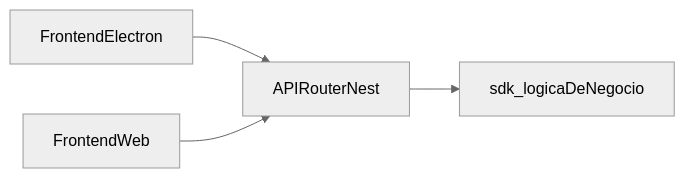
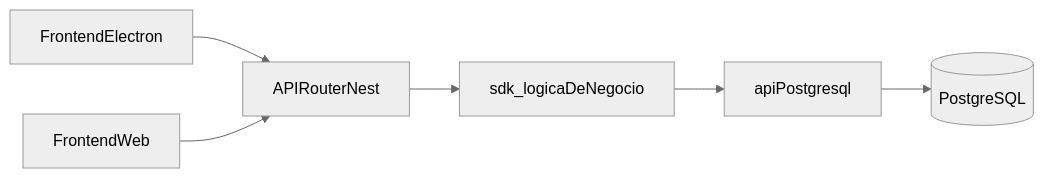
Before and after one commit to venturars/aTempo: the first of 2 diagrams in docs/ARCHITECTURE.md, drawn with Mermaid (neutral theme). The commit also changed other lines of this file and 22 other files, not shown here.

First line of the commit message:
feat(api-postgresql): add a Nest skeleton that checks Postgres

````diff
--- a/docs/ARCHITECTURE.md
+++ b/docs/ARCHITECTURE.md
@@ -13,10 +13,14 @@
 ```mermaid
 flowchart LR
   electron[FrontendElectron]
   web[FrontendWeb]
   router[APIRouterNest]
   sdk[sdk_logicaDeNegocio]
+  apiPg[apiPostgresql]
+  postgres[(PostgreSQL)]
   electron --> router
   web --> router
   router --> sdk
+  sdk --> apiPg
+  apiPg --> postgres
 ```
````
